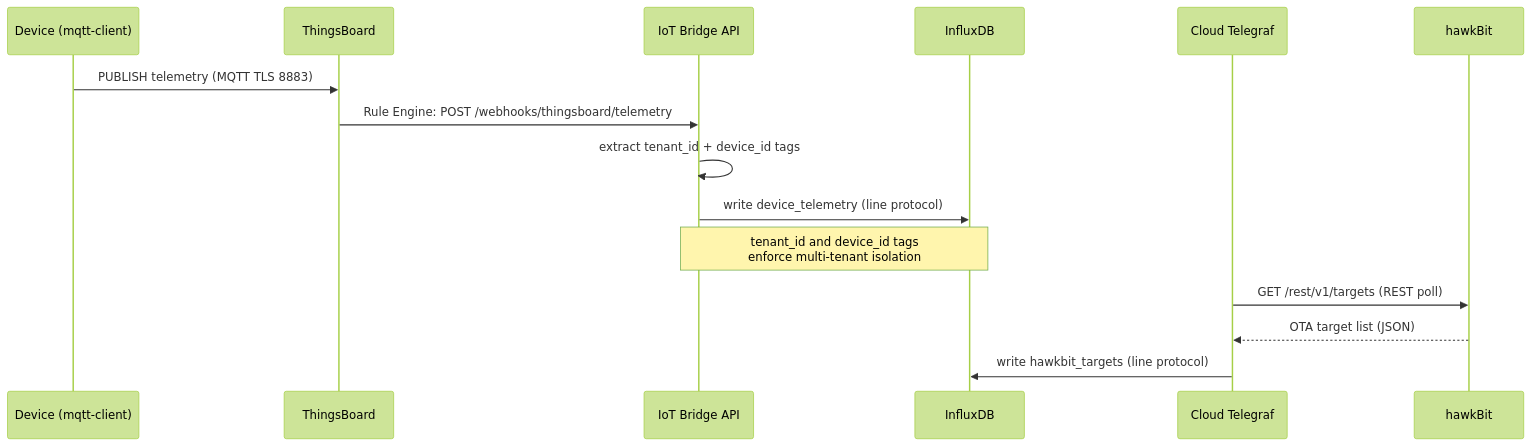
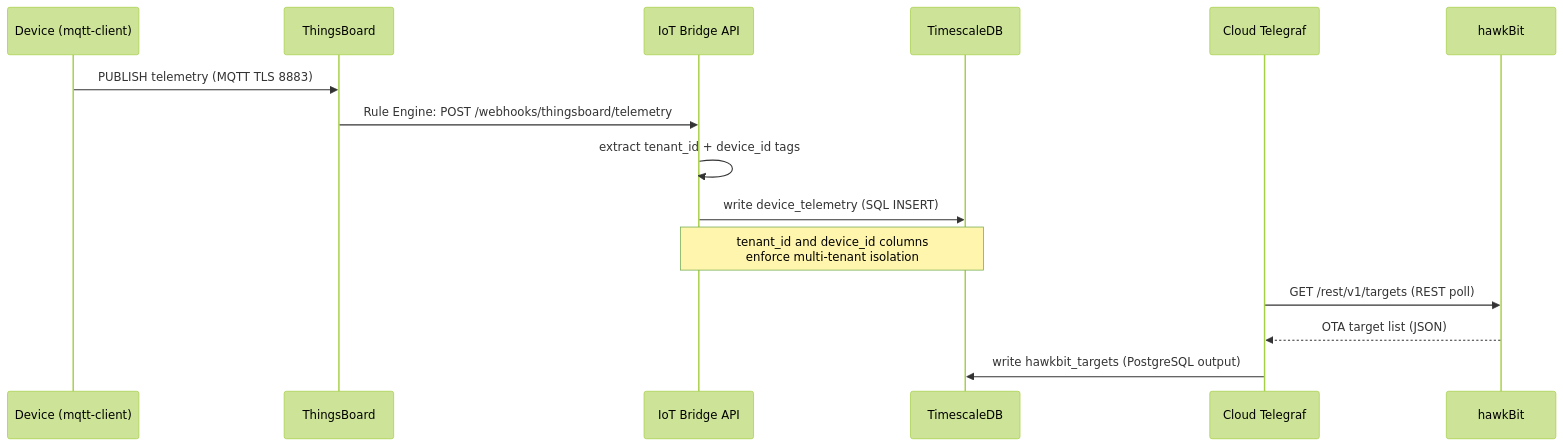
Before and after one commit to the78mole/complete-device-management: the fourth of 5 diagrams in docs/architecture/index.md, drawn with Mermaid (forest theme). The commit also changed other lines of this file and 237 other files, not shown here.

````diff
--- a/docs/architecture/index.md
+++ b/docs/architecture/index.md
@@ -97,17 +117,17 @@
 ```mermaid
 sequenceDiagram
     participant D as Device (mqtt-client)
     participant T as ThingsBoard
     participant I as IoT Bridge API
-    participant IDB as InfluxDB
+    participant IDB as TimescaleDB
     participant TEL as Cloud Telegraf
     participant HB as hawkBit
     D->>T: PUBLISH telemetry (MQTT TLS 8883)
     T->>I: Rule Engine: POST /webhooks/thingsboard/telemetry
     I->>I: extract tenant_id + device_id tags
-    I->>IDB: write device_telemetry (line protocol)
-    Note over I,IDB: tenant_id and device_id tags<br/>enforce multi-tenant isolation
+    I->>IDB: write device_telemetry (SQL INSERT)
+    Note over I,IDB: tenant_id and device_id columns<br/>enforce multi-tenant isolation
     TEL->>HB: GET /rest/v1/targets (REST poll)
     HB-->>TEL: OTA target list (JSON)
-    TEL->>IDB: write hawkbit_targets (line protocol)
+    TEL->>IDB: write hawkbit_targets (PostgreSQL output)
 ```
````
